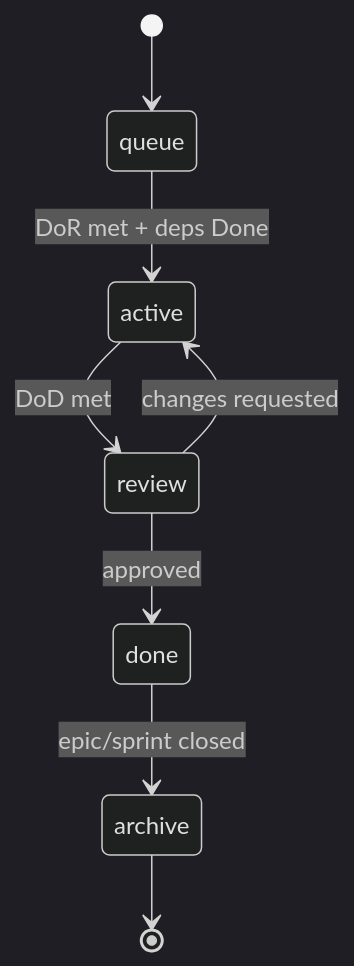
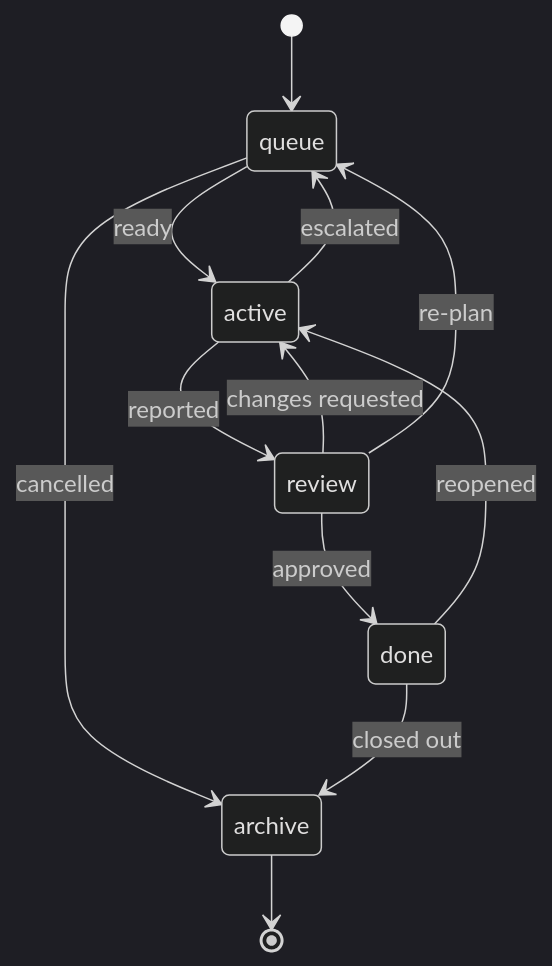
The diagram in templates/strix/tasks/README.md (Vtquan123/strix), drawn with Mermaid (dark theme) before and after one commit. The commit also changed other lines of this file and 80 other files, not shown here.

````diff
--- a/templates/strix/tasks/README.md
+++ b/templates/strix/tasks/README.md
@@ -31,10 +32,14 @@
 ```mermaid
 stateDiagram-v2
     [*] --> queue
-    queue --> active: DoR met + deps Done
-    active --> review: DoD met
+    queue --> active: ready
+    queue --> archive: cancelled
+    active --> review: reported
+    active --> queue: escalated
     review --> active: changes requested
+    review --> queue: re-plan
     review --> done: approved
-    done --> archive: epic/sprint closed
+    done --> active: reopened
+    done --> archive: closed out
     archive --> [*]
 ```
````
